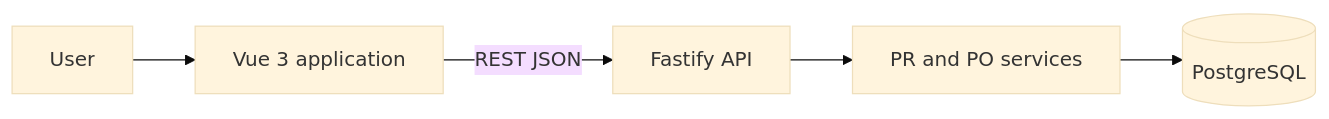
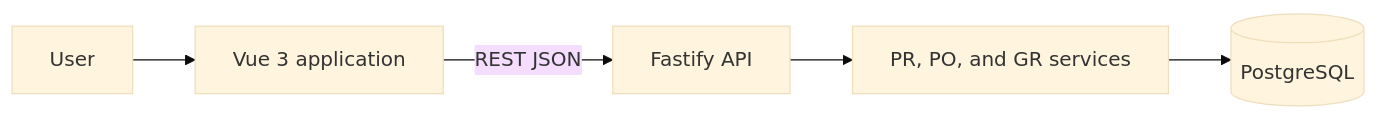
The first of 3 diagrams in docs/application-guide.md (YuliusKev/2026-github-copilot-workshop), drawn with Mermaid (base theme) before and after one commit. The commit also changed other lines of this file and 54 other files, not shown here.

````diff
--- a/docs/application-guide.md
+++ b/docs/application-guide.md
@@ -9,7 +9,7 @@
 ```mermaid
 flowchart LR
     User[User] --> Browser[Vue 3 application]
     Browser -->|REST JSON| API[Fastify API]
-    API --> Services[PR and PO services]
+    API --> Services[PR, PO, and GR services]
     Services --> DB[(PostgreSQL)]
 ```
````
